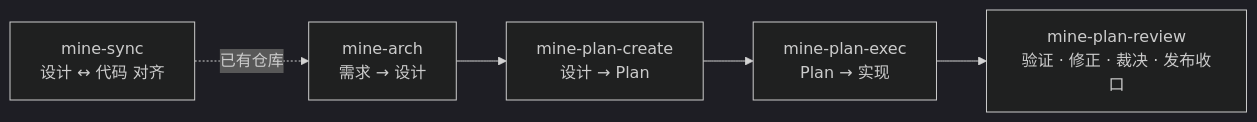
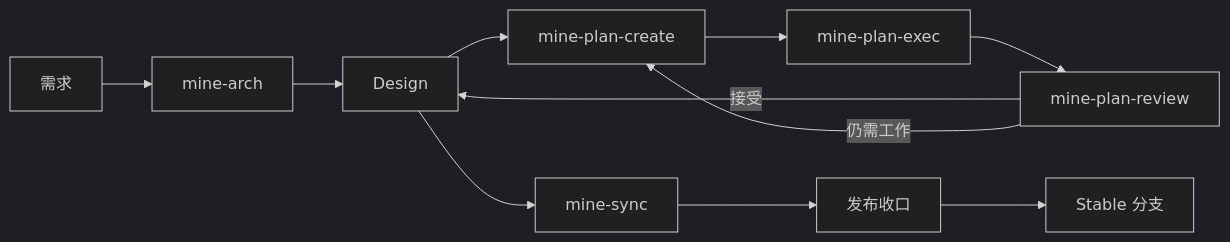
One commit to 6ixGODD/mine-is-not-everyones changed the diagram in README.zh-CN.md. Above: the diagram before and after it, drawn with Mermaid (dark theme). The commit also changed other lines of this file and 8 other files, not shown here.

````diff
--- a/README.zh-CN.md
+++ b/README.zh-CN.md
@@ -33,7 +23,13 @@
 ```mermaid
 flowchart LR
-    A["mine-arch\n需求 → 设计"] --> B["mine-plan-create\n设计 → Plan"]
-    B --> C["mine-plan-exec\nPlan → 实现"]
-    C --> D["mine-plan-review\n验证 · 修正 · 裁决 · 发布收口"]
-    S["mine-sync\n设计 ↔ 代码 对齐"] -.->|已有仓库| A
+    R[需求] --> A[mine-arch]
+    A --> D[Design]
+    D --> P[mine-plan-create]
+    P --> E[mine-plan-exec]
+    E --> V[mine-plan-review]
+    V -->|接受| D
+    V -->|仍需工作| P
+    D --> S[mine-sync]
+    S --> C[发布收口]
+    C --> ST[Stable 分支]
 ```
````
